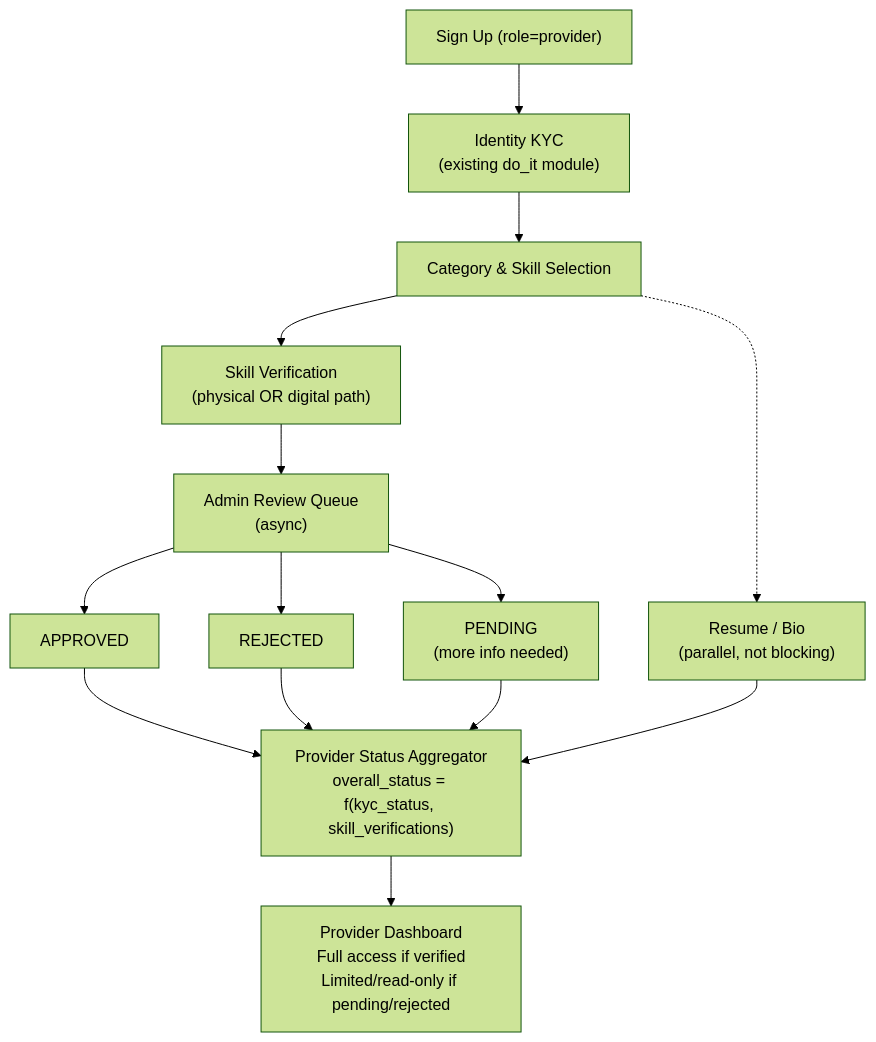
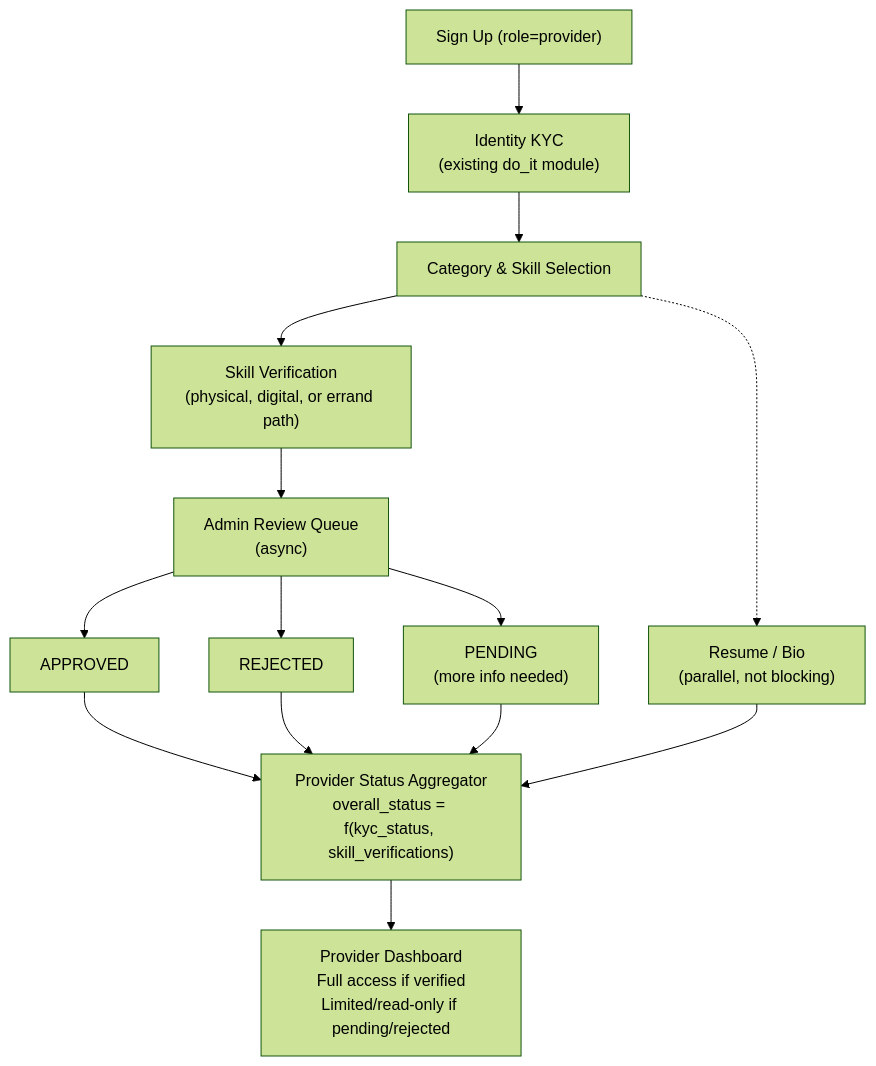
Before and after one commit to Ubaid123678/DO_IT_Platfom: the first of 11 diagrams in docs/DO_IT_PROVIDER_ONBOARDING_skill_VERIFICATION_MERMAID.md, drawn with Mermaid (forest theme). The commit also changed other lines of this file and 3 other files, not shown here.

````diff
--- a/docs/DO_IT_PROVIDER_ONBOARDING_skill_VERIFICATION_MERMAID.md
+++ b/docs/DO_IT_PROVIDER_ONBOARDING_skill_VERIFICATION_MERMAID.md
@@ -11,20 +11,20 @@
 ```mermaid
 flowchart TB
     Signup["Sign Up (role=provider)"] --> KYC["Identity KYC\n(existing do_it module)"]
     KYC --> CatSel["Category & Skill Selection"]
-    CatSel --> Verify["Skill Verification\n(physical OR digital path)"]
+    CatSel --> Verify["Skill Verification\n(physical, digital, or errand path)"]
 
     Verify --> AdminQ["Admin Review Queue\n(async)"]
     CatSel -.-> Resume["Resume / Bio\n(parallel, not blocking)"]
 
     AdminQ --> Approved["APPROVED"]
     AdminQ --> Rejected["REJECTED"]
     AdminQ --> Pending["PENDING\n(more info needed)"]
 
     Approved --> Aggregator["Provider Status Aggregator\noverall_status = f(kyc_status, skill_verifications)"]
     Rejected --> Aggregator
     Pending --> Aggregator
     Resume --> Aggregator
 
     Aggregator --> Dashboard["Provider Dashboard\nFull access if verified\nLimited/read-only if pending/rejected"]
 ```
````
